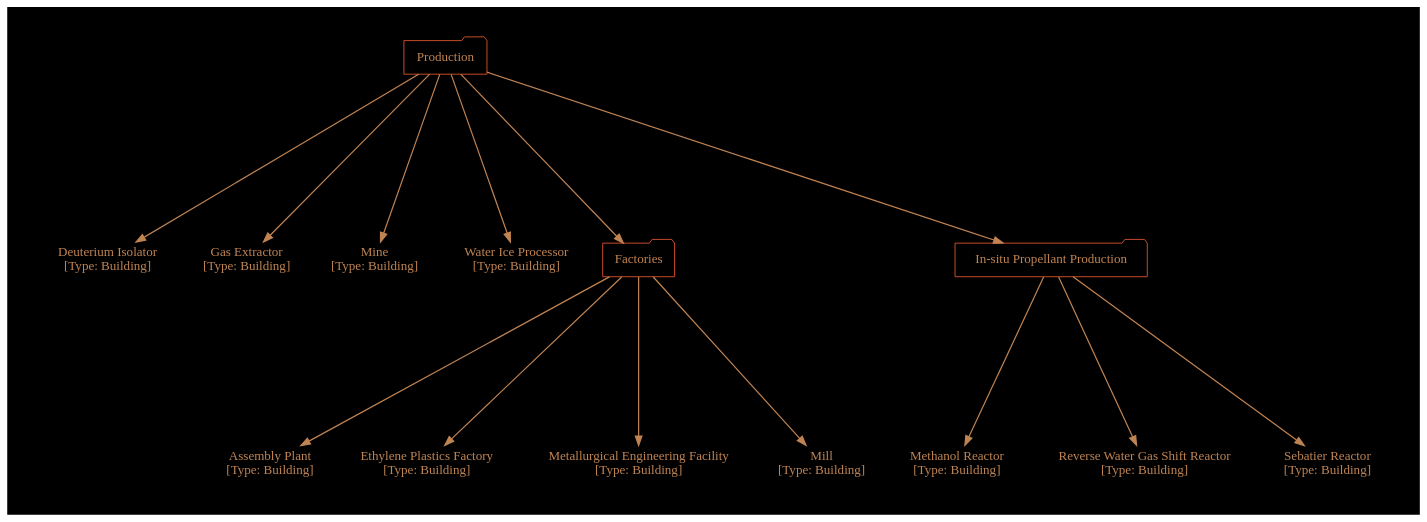
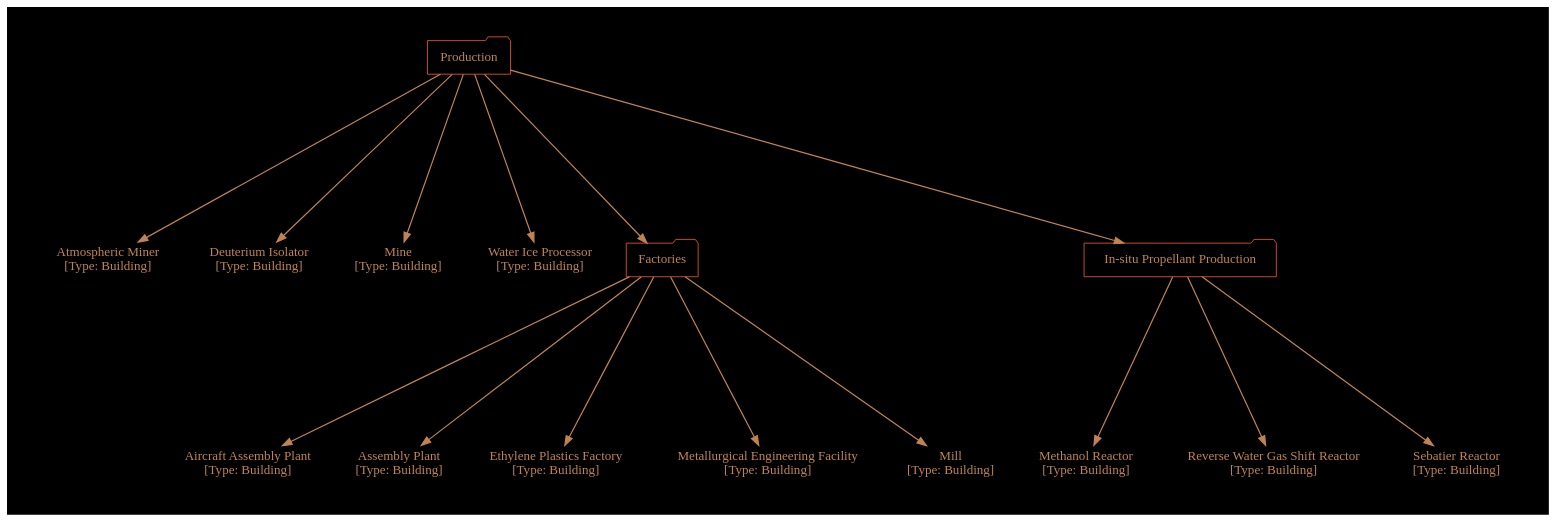
One commit to cartesiantheatre/handbook changed the diagram in Handbook/Source/Game_Mechanics/Diagrams/Units_User_Basic_Production.twopi.gv. Above: the diagram before and after it, drawn with Graphviz. The commit also changed 11 other files, not shown here.

```diff
--- a/Handbook/Source/Game_Mechanics/Diagrams/Units_User_Basic_Production.twopi.gv
+++ b/Handbook/Source/Game_Mechanics/Diagrams/Units_User_Basic_Production.twopi.gv
@@ -1,65 +1,67 @@
 /*
   This is part of the Avaneya Project Crew Handbook.
   Copyright (C) 2010, 2011, 2012
     Kshatra Corp.
   See the file License for copying conditions.
   
   To manually compile:
       $ sudo aptitude install graphviz
       $ twopi -Tpdf Units_User_Basic_Production.twopi.gv -o Units_User_Basic_Production.pdf
 */
 
 digraph Units_User_Basic_Production
 {
     // Graph attributes...
 	bgcolor="black";
 	margin="0";
 	ratio="auto";
     ranksep="2.5";
     pad="0.5,0.5";
     compound="true";
     overlap="vpsc";
     root="Production";
 
 	// Node attributes...
 	node[color="#d3502dff"];
 	node[fillcolor="gray10"];
     node[fontcolor="#c08453ff"];
     node[fontname="Ubuntu"];
     node[shape="none"]
 	
 	// Edge attributes...
 	edge[color="#c08453ff"];
 	edge[penwidth="1.3"];
 
     // Units...
+    "Aircraft Assembly Plant"[label="Aircraft Assembly Plant\n[Type: Building]"];
     "Assembly Plant"[label="Assembly Plant\n[Type: Building]"];
+    "Atmospheric Miner"[label="Atmospheric Miner\n[Type: Building]"];
     "Deuterium Isolator"[label="Deuterium Isolator\n[Type: Building]"];
     "Ethylene Plastics Factory"[label="Ethylene Plastics Factory\n[Type: Building]"];
-    "Gas Extractor"[label="Gas Extractor\n[Type: Building]"];
     "Metallurgical Engineering Facility"[label="Metallurgical Engineering Facility\n[Type: Building]"]; // (needs CO from RWGS)
     "Methanol Reactor"[label="Methanol Reactor\n[Type: Building]"];
     "Mill"[label="Mill\n[Type: Building]"];
     "Mine"[label="Mine\n[Type: Building]"];
     "Reverse Water Gas Shift Reactor"[label="Reverse Water Gas Shift Reactor\n[Type: Building]"];
     "Sebatier Reactor"[label="Sebatier Reactor\n[Type: Building]"];
     "Water Ice Processor"[label="Water Ice Processor\n[Type: Building]"];
 
-    // Relations...
+    // Categorical relations, but not build dependencies...
     "Production"[shape="folder"];
         "Factories"[shape="folder"];
-        "Production" -> "Factories";
+        "Production" -> "Factories"[shape="folder"];
+            "Factories" -> "Aircraft Assembly Plant";
             "Factories" -> "Assembly Plant";
             "Factories" -> "Ethylene Plastics Factory";
             "Factories" -> "Metallurgical Engineering Facility"; // (needs CO from RWGS)
             "Factories" -> "Mill";
         "In-situ Propellant Production"[shape="folder"];
         "Production" -> "In-situ Propellant Production";
             "In-situ Propellant Production" -> "Methanol Reactor";
             "In-situ Propellant Production" -> "Reverse Water Gas Shift Reactor";
             "In-situ Propellant Production" -> "Sebatier Reactor";
-        "Production" -> "Gas Extractor";
+        "Production" -> "Atmospheric Miner";
         "Production" -> "Mine";
         "Production" -> "Deuterium Isolator";
         "Production" -> "Water Ice Processor";
 }
```
